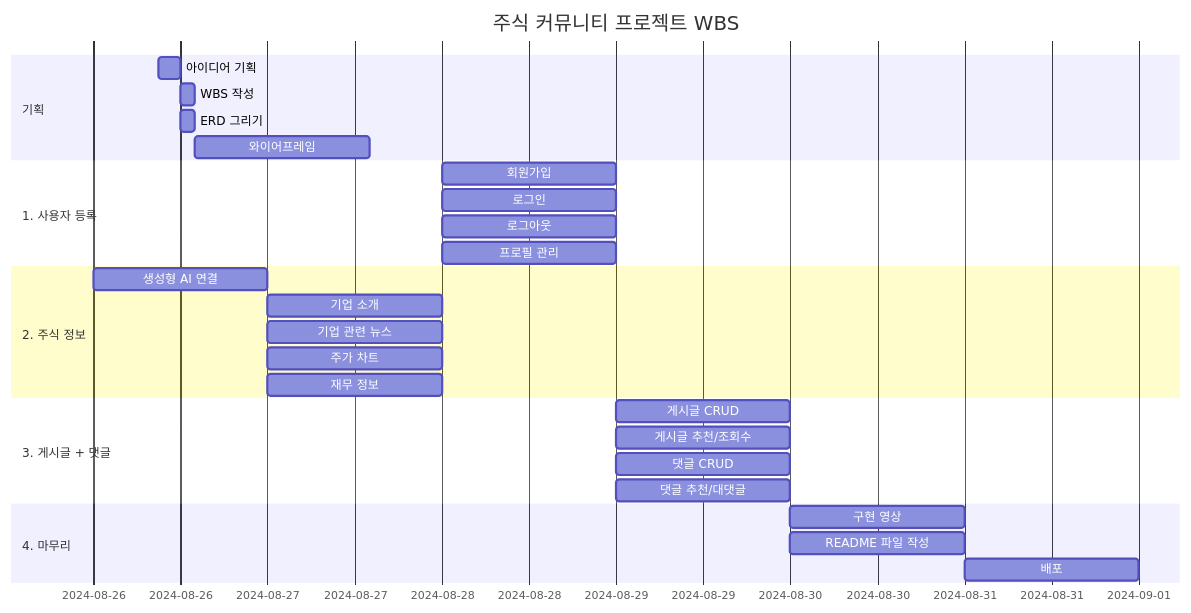
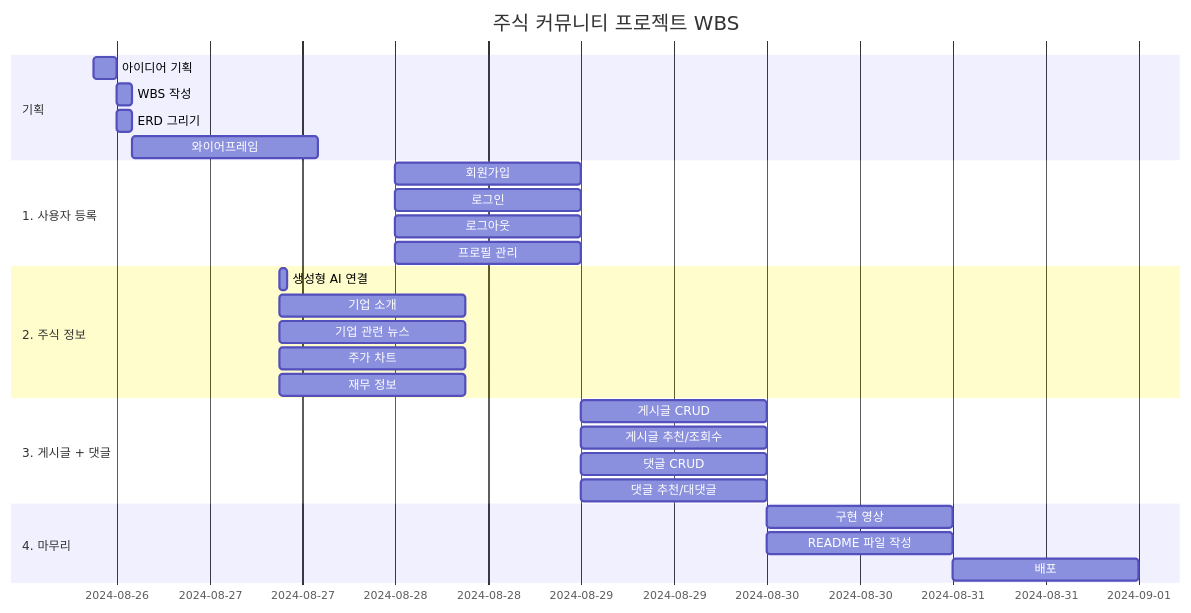
One commit to Donggyu-Kim1/stalk changed the first of 3 diagrams in README.md. Above: the diagram before and after it, drawn with Mermaid. The commit also changed 2 other files, not shown here.

Commit message:
accounts/views.py작성 및 템플릿 추가, readme파일 수정

````diff
--- a/README.md
+++ b/README.md
@@ -192,35 +192,35 @@
 ```mermaid
 gantt
     title 주식 커뮤니티 프로젝트 WBS
     dateFormat  YYYY-MM-DD HH:mm
 
     section 기획
     아이디어 기획      :2024-08-26 09:00, 3h
     WBS 작성          :2024-08-26 12:00, 2h
     ERD 그리기         :2024-08-26 12:00, 2h
     와이어프레임        :2024-08-26 14:00, 1d
 
     section 1. 사용자 등록
     회원가입           :2024-08-28, 1d
     로그인             :2024-08-28, 1d
     로그아웃           :2024-08-28, 1d
     프로필 관리         :2024-08-28, 1d
 
     section 2. 주식 정보
-    생성형 AI 연결     :2024-08-26, 1d
-    기업 소개          :2024-08-27, 1d
-    기업 관련 뉴스      :2024-08-27, 1d
-    주가 차트          :2024-08-27, 1d
-    재무 정보          :2024-08-27, 1d
+    생성형 AI 연결     :2024-08-27 09:00, 1h
+    기업 소개          :2024-08-27 09:00, 1d
+    기업 관련 뉴스      :2024-08-27 09:00, 1d
+    주가 차트          :2024-08-27 09:00, 1d
+    재무 정보          :2024-08-27 09:00, 1d
 
     section 3. 게시글 + 댓글
     게시글 CRUD        :2024-08-29, 1d
     게시글 추천/조회수   :2024-08-29, 1d
     댓글 CRUD          :2024-08-29, 1d
     댓글 추천/대댓글     :2024-08-29, 1d
 
     section 4. 마무리
     구현 영상          :2024-08-30, 1d
     README 파일 작성   :2024-08-30, 1d
     배포              :2024-08-31, 1d
 ```
````
